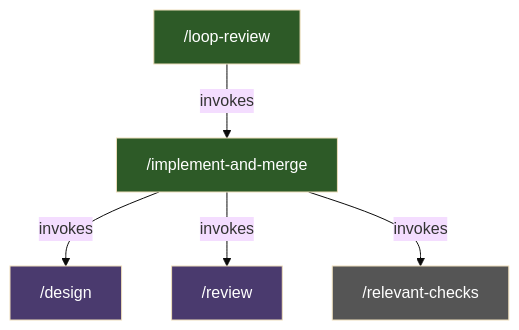
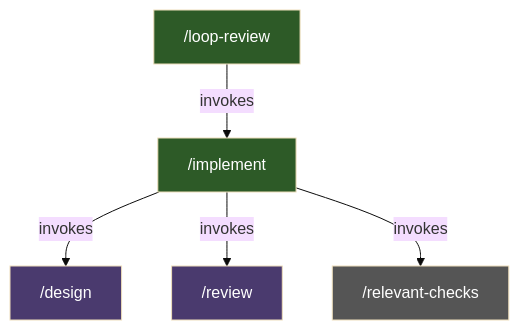
Before and after one commit to zhupanov/larch: the first of 2 diagrams in docs/workflow-lifecycle.md, drawn with Mermaid (base theme). The commit also changed other lines of this file and 16 other files, not shown here.

First line of the commit message:
Consolidate /implement and /implement-and-merge: Phase 3 (rename to /implement) (#25)

````diff
--- a/docs/workflow-lifecycle.md
+++ b/docs/workflow-lifecycle.md
@@ -9,13 +9,13 @@
 ```mermaid
 graph TD
-    IMPL_MERGE["/implement-and-merge"] -->|invokes| DESIGN["/design"]
-    IMPL_MERGE -->|invokes| REVIEW["/review"]
-    IMPL_MERGE -->|invokes| CHECKS["/relevant-checks"]
-    LOOP["/loop-review"] -->|invokes| IMPL_MERGE
+    IMPLEMENT["/implement"] -->|invokes| DESIGN["/design"]
+    IMPLEMENT -->|invokes| REVIEW["/review"]
+    IMPLEMENT -->|invokes| CHECKS["/relevant-checks"]
+    LOOP["/loop-review"] -->|invokes| IMPLEMENT
 
-    style IMPL_MERGE fill:#2d5a27,color:#fff
+    style IMPLEMENT fill:#2d5a27,color:#fff
     style LOOP fill:#2d5a27,color:#fff
     style DESIGN fill:#4a3a6e,color:#fff
     style REVIEW fill:#4a3a6e,color:#fff
     style CHECKS fill:#555,color:#fff
 ```
````
